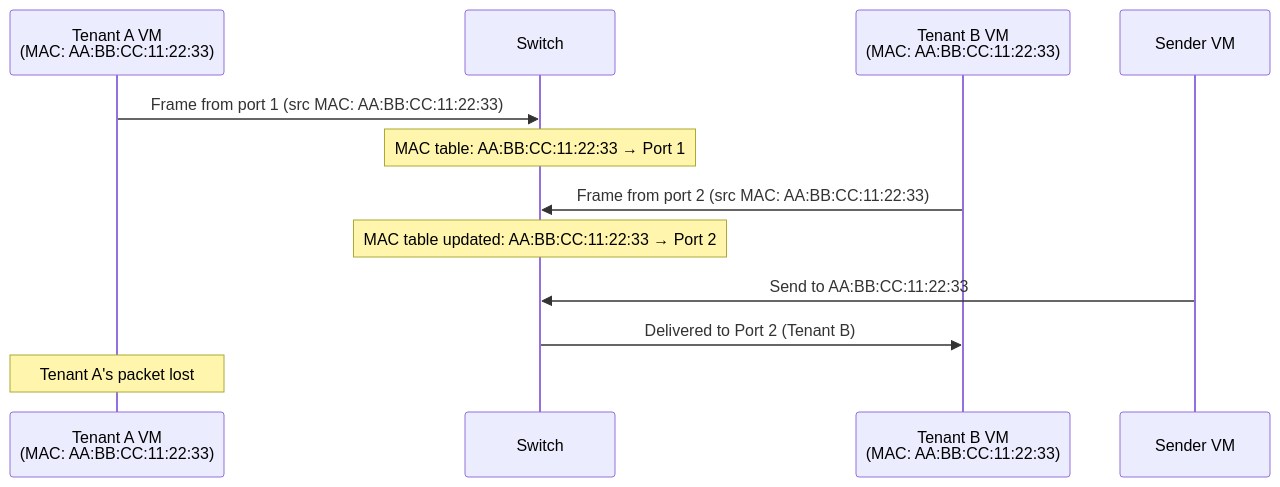
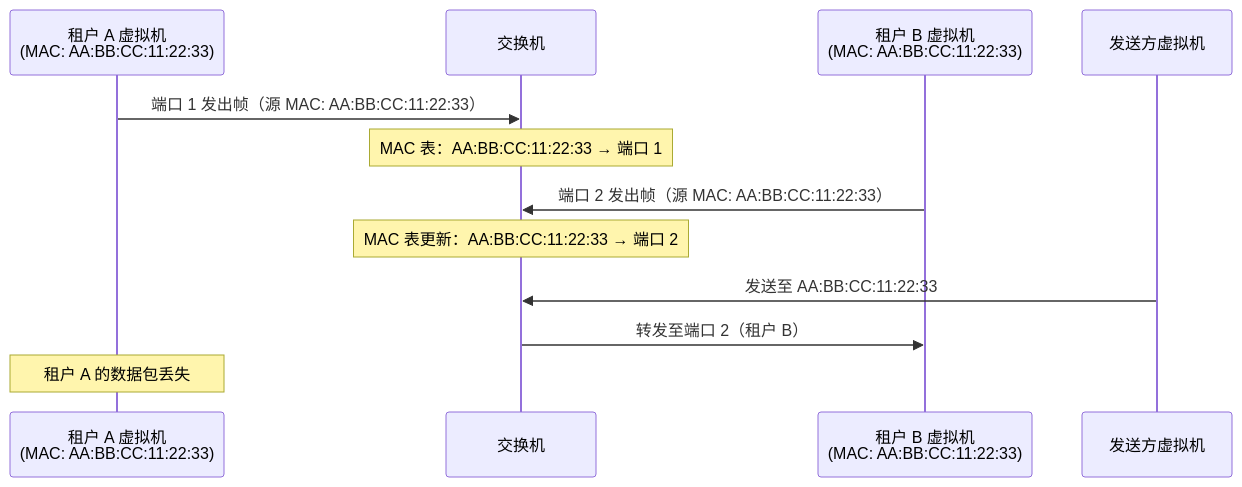
One commit to caozhiyi/network-book changed the first of 3 diagrams in docs/03.共用网络的噩梦.md. Above: the diagram before and after it, drawn with Mermaid. The commit also changed other lines of this file and 77 other files, not shown here.

````diff
--- a/docs/03.共用网络的噩梦.md
+++ b/docs/03.共用网络的噩梦.md
@@ -41,15 +45,15 @@
 ```mermaid
 sequenceDiagram
-    participant A as Tenant A VM<br/>(MAC: AA:BB:CC:11:22:33)
-    participant SW as Switch
-    participant B as Tenant B VM<br/>(MAC: AA:BB:CC:11:22:33)
-    participant C as Sender VM
+    participant A as 租户 A 虚拟机<br/>(MAC: AA:BB:CC:11:22:33)
+    participant SW as 交换机
+    participant B as 租户 B 虚拟机<br/>(MAC: AA:BB:CC:11:22:33)
+    participant C as 发送方虚拟机
 
-    A->>SW: Frame from port 1 (src MAC: AA:BB:CC:11:22:33)
-    Note over SW: MAC table: AA:BB:CC:11:22:33 → Port 1
-    B->>SW: Frame from port 2 (src MAC: AA:BB:CC:11:22:33)
-    Note over SW: MAC table updated: AA:BB:CC:11:22:33 → Port 2
-    C->>SW: Send to AA:BB:CC:11:22:33
-    SW->>B: Delivered to Port 2 (Tenant B)
-    Note over A: Tenant A's packet lost
+    A->>SW: 端口 1 发出帧（源 MAC: AA:BB:CC:11:22:33）
+    Note over SW: MAC 表：AA:BB:CC:11:22:33 → 端口 1
+    B->>SW: 端口 2 发出帧（源 MAC: AA:BB:CC:11:22:33）
+    Note over SW: MAC 表更新：AA:BB:CC:11:22:33 → 端口 2
+    C->>SW: 发送至 AA:BB:CC:11:22:33
+    SW->>B: 转发至端口 2（租户 B）
+    Note over A: 租户 A 的数据包丢失
 ```
````
